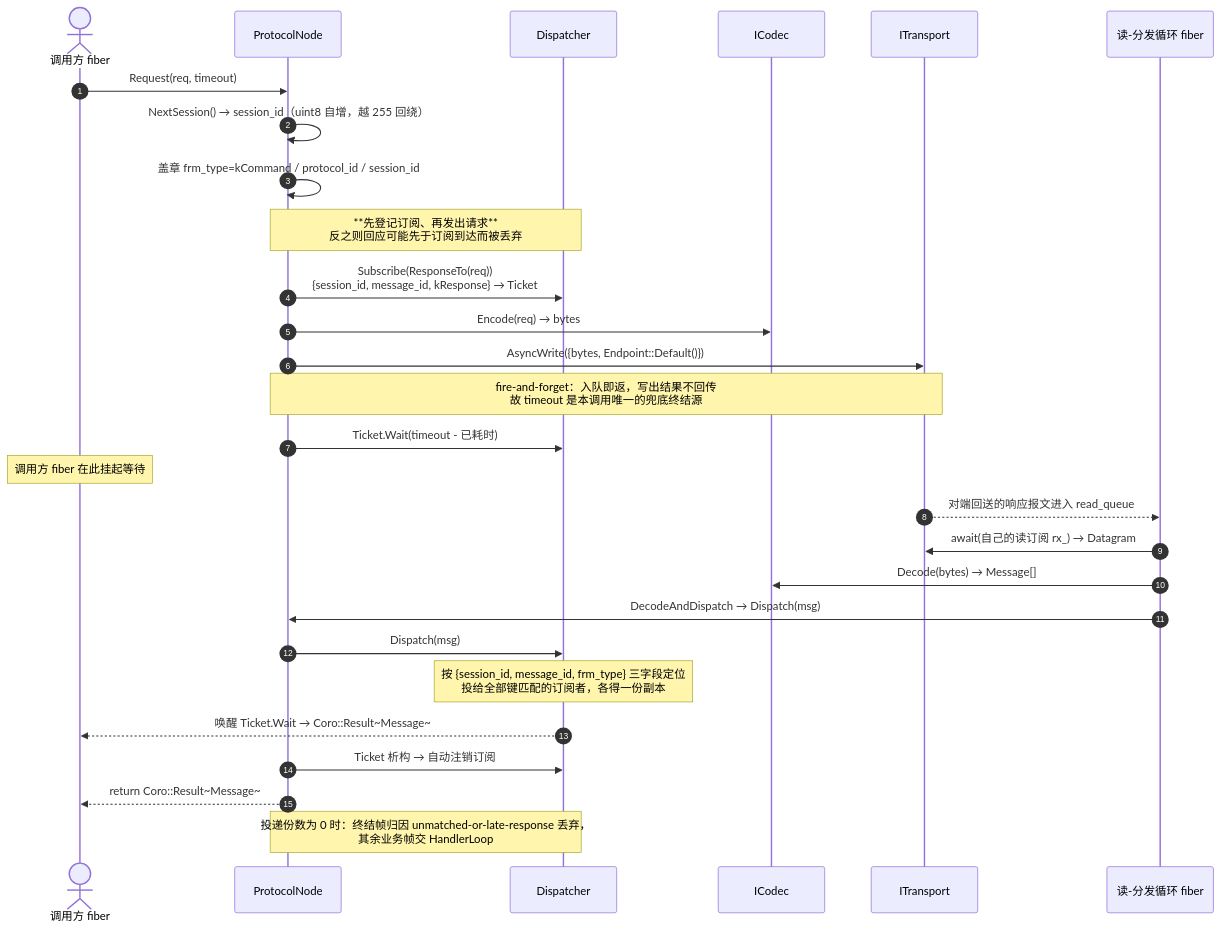
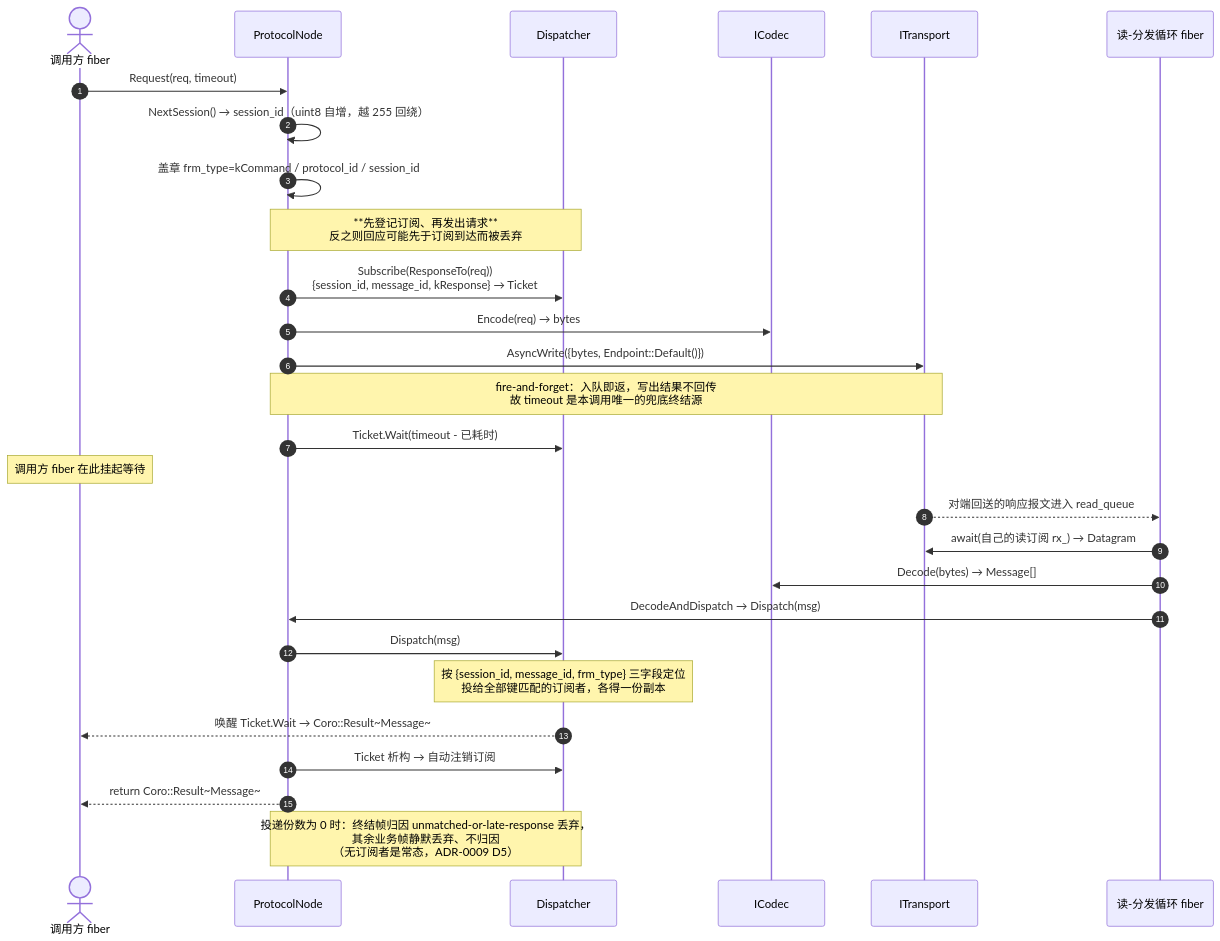
Before and after one commit to Ste7an-cs/Transport: the diagram in docs/diagrams/seq-request-response.mmd, drawn with Mermaid. The commit also changed 20 other files, not shown here.

First line of the commit message:
docs(sdd): 同步 handler 通道废止(ADR-0009),十张图重绘并重渲染

```diff
--- a/docs/diagrams/seq-request-response.mmd
+++ b/docs/diagrams/seq-request-response.mmd
@@ -1,31 +1,31 @@
 sequenceDiagram
     autonumber
     actor C as 调用方 fiber
     participant N as ProtocolNode
     participant D as Dispatcher
     participant K as ICodec
     participant T as ITransport
     participant R as 读-分发循环 fiber
 
     C->>N: Request(req, timeout)
     N->>N: NextSession() → session_id（uint8 自增，越 255 回绕）
     N->>N: 盖章 frm_type=kCommand / protocol_id / session_id
     Note over N,D: **先登记订阅、再发出请求**<br/>反之则回应可能先于订阅到达而被丢弃
     N->>D: Subscribe(ResponseTo(req))<br/>{session_id, message_id, kResponse} → Ticket
     N->>K: Encode(req) → bytes
     N->>T: AsyncWrite({bytes, Endpoint::Default()})
     Note over N,T: fire-and-forget：入队即返，写出结果不回传<br/>故 timeout 是本调用唯一的兜底终结源
     N->>D: Ticket.Wait(timeout - 已耗时)
     Note over C: 调用方 fiber 在此挂起等待
 
     T-->>R: 对端回送的响应报文进入 read_queue
     R->>T: await(自己的读订阅 rx_) → Datagram
     R->>K: Decode(bytes) → Message[]
     R->>N: DecodeAndDispatch → Dispatch(msg)
     N->>D: Dispatch(msg)
     Note over D: 按 {session_id, message_id, frm_type} 三字段定位<br/>投给全部键匹配的订阅者，各得一份副本
     D-->>C: 唤醒 Ticket.Wait → Coro::Result~Message~
     N->>D: Ticket 析构 → 自动注销订阅
     N-->>C: return Coro::Result~Message~
 
-    Note over D,N: 投递份数为 0 时：终结帧归因 unmatched-or-late-response 丢弃，<br/>其余业务帧交 HandlerLoop
+    Note over D,N: 投递份数为 0 时：终结帧归因 unmatched-or-late-response 丢弃，<br/>其余业务帧静默丢弃、不归因<br/>（无订阅者是常态，ADR-0009 D5）
```
